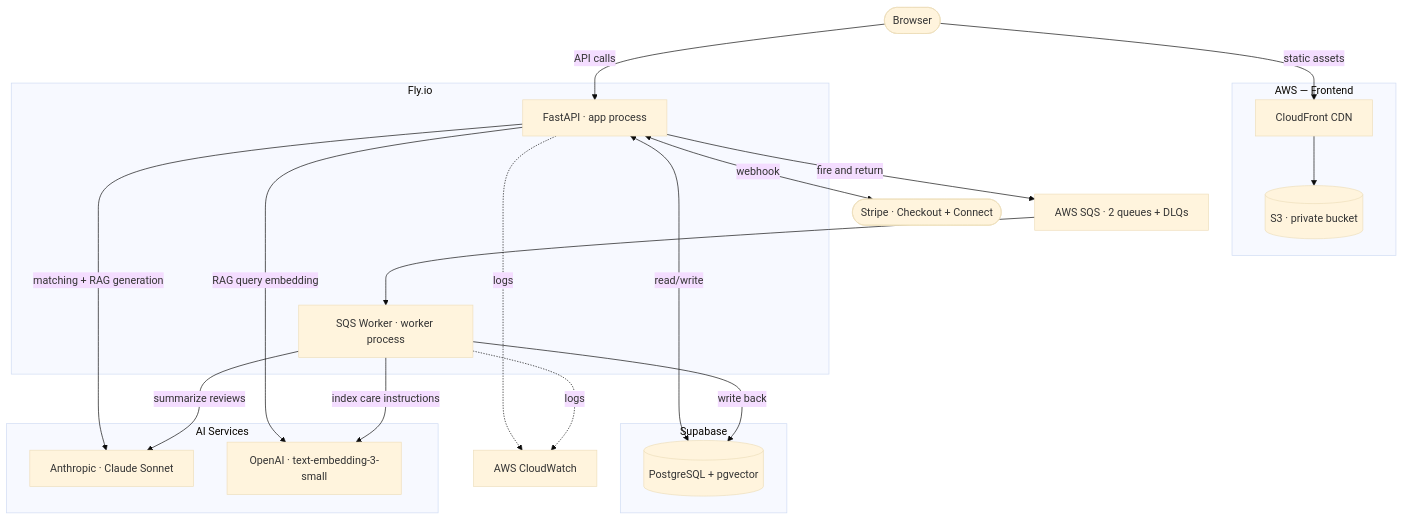
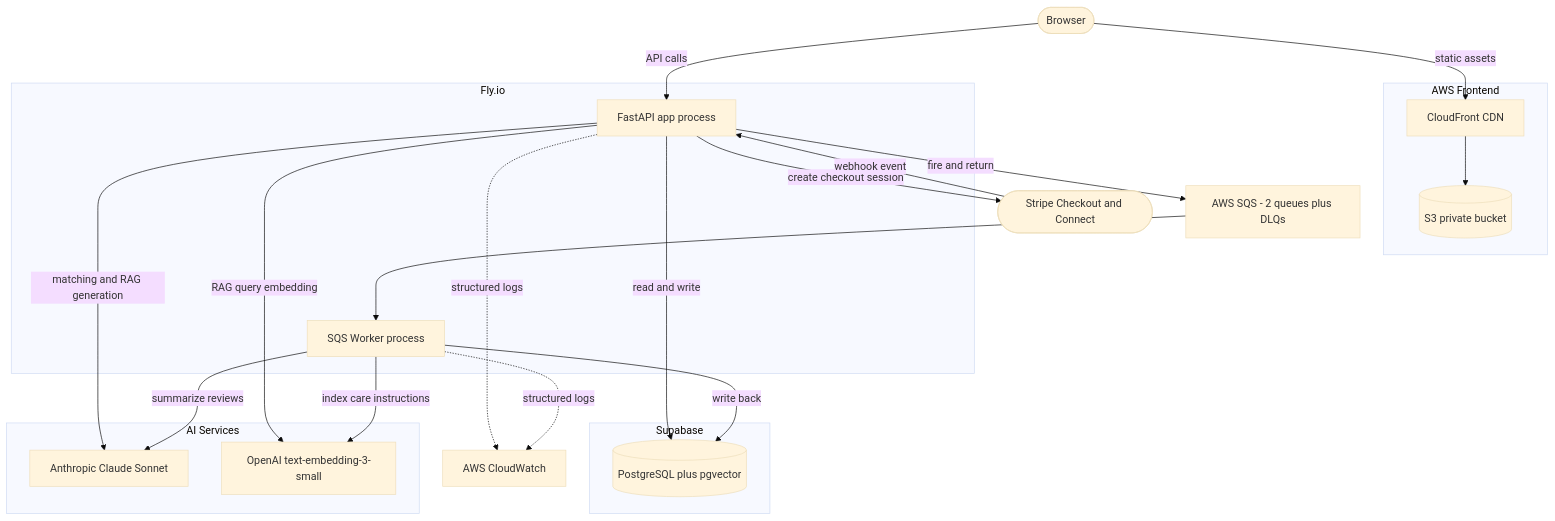
The diagram in README.md (surajmahamunigit/dog-sitter-marketplace), drawn with Mermaid (base theme) before and after one commit.

Commit message:
fix(readme): replace text diagram with mermaid (cleaned syntax)

````diff
--- a/README.md
+++ b/README.md
@@ -17,45 +17,46 @@
 ```mermaid
 flowchart TD
     Browser([Browser])
 
-    subgraph AWS_FE["AWS — Frontend"]
+    subgraph Frontend["AWS Frontend"]
         CF[CloudFront CDN]
-        S3[(S3 · private bucket)]
+        S3[(S3 private bucket)]
     end
 
     subgraph FlyIO["Fly.io"]
-        API["FastAPI · app process"]
-        Worker["SQS Worker · worker process"]
+        API["FastAPI app process"]
+        Worker["SQS Worker process"]
     end
 
-    subgraph SupabaseDB["Supabase"]
-        DB[("PostgreSQL + pgvector")]
+    subgraph Database["Supabase"]
+        DB[(PostgreSQL plus pgvector)]
     end
 
-    subgraph AI["AI Services"]
-        Claude["Anthropic · Claude Sonnet"]
-        OAI["OpenAI · text-embedding-3-small"]
+    subgraph AIServices["AI Services"]
+        Claude["Anthropic Claude Sonnet"]
+        OAI["OpenAI text-embedding-3-small"]
     end
 
-    Stripe([Stripe · Checkout + Connect])
-    SQS["AWS SQS · 2 queues + DLQs"]
+    Stripe([Stripe Checkout and Connect])
+    SQS["AWS SQS - 2 queues plus DLQs"]
     CW["AWS CloudWatch"]
 
     Browser -->|static assets| CF
     CF --> S3
     Browser -->|API calls| API
 
-    API -->|matching + RAG generation| Claude
+    API -->|matching and RAG generation| Claude
     API -->|RAG query embedding| OAI
-    API <-->|webhook| Stripe
-    API <-->|read/write| DB
+    API -->|create checkout session| Stripe
+    Stripe -->|webhook event| API
+    API -->|read and write| DB
 
     API -->|fire and return| SQS
     SQS --> Worker
     Worker -->|index care instructions| OAI
     Worker -->|summarize reviews| Claude
     Worker -->|write back| DB
 
-    API -.->|logs| CW
-    Worker -.->|logs| CW
+    API -.->|structured logs| CW
+    Worker -.->|structured logs| CW
 ```
````
